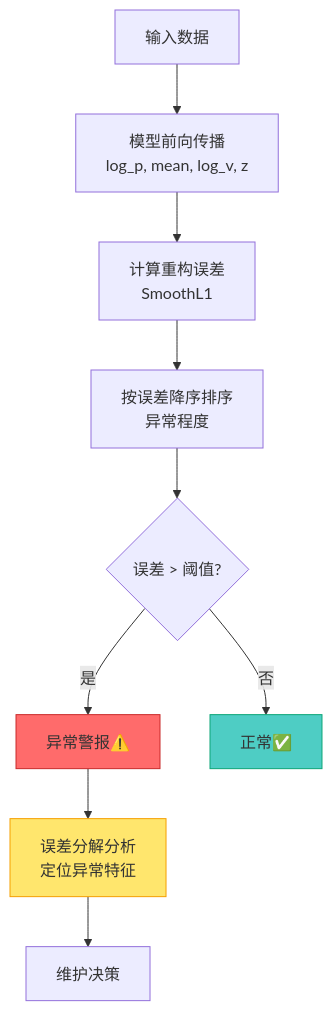
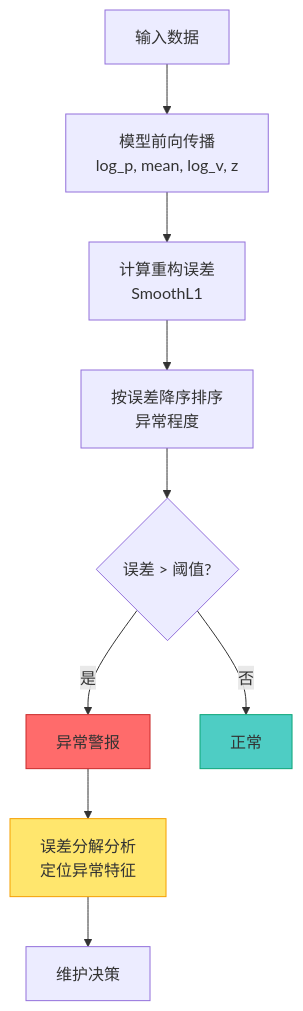
The first of 2 diagrams in docs/dyad_tutorial/03_推理与检测.md (dujijundavid/Battery_fault_detection_NC_github), drawn with Mermaid before and after one commit. The commit also changed 3 other files, not shown here.

First line of the commit message:
fix: repair broken mermaid charts in dyad_tutorial

````diff
--- a/docs/dyad_tutorial/03_推理与检测.md
+++ b/docs/dyad_tutorial/03_推理与检测.md
@@ -104,17 +104,17 @@
 ```mermaid
-flowchart TD
+graph TD
     Start[输入数据] --> Forward[模型前向传播<br/>log_p, mean, log_v, z]
     Forward --> Error[计算重构误差<br/>SmoothL1]
     Error --> Sort[按误差降序排序<br/>异常程度]
     Sort --> Compare{误差 > 阈值?}
 
-    Compare -->|是| Alert[异常警报⚠️]
-    Compare -->|否| Normal[正常✅]
+    Compare -->|是| Alert[异常警报]
+    Compare -->|否| Normal[正常]
 
     Alert --> Analysis[误差分解分析<br/>定位异常特征]
     Analysis --> Action[维护决策]
 
     style Alert fill:#ff6b6b,stroke:#c92a2a
     style Analysis fill:#ffe66d,stroke:#f59f00
     style Normal fill:#4ecdc4,stroke:#0ca678
 ```
````
